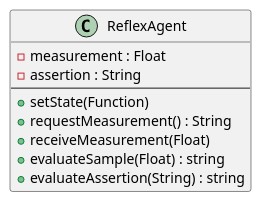
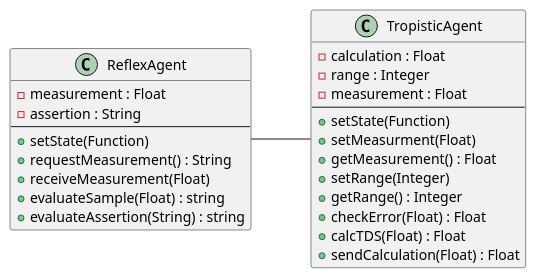
Before and after one commit to Ajmicco18/CSIS-5824-Applied-AI: the diagram in TAME Individual Project/UML Documents/reflexAgentClass.puml, drawn with PlantUML. The commit also changed 4 other files, not shown here.

Commit message:
changed UML diagrams

```diff
--- a/TAME Individual Project/UML Documents/reflexAgentClass.puml
+++ b/TAME Individual Project/UML Documents/reflexAgentClass.puml
@@ -1,13 +1,31 @@
 @startuml reflexAgentClass
+left to right direction
 
 class ReflexAgent {
     -measurement : Float
     -assertion : String
     --
     +setState(Function)
     +requestMeasurement() : String
     +receiveMeasurement(Float)
     +evaluateSample(Float) : string
     +evaluateAssertion(String) : string
 }
+
+class TropisticAgent {
+    -calculation : Float
+    -range : Integer
+    -measurement : Float
+    --
+    +setState(Function) 
+    +setMeasurment(Float)
+    +getMeasurement() : Float
+    +setRange(Integer)
+    +getRange() : Integer
+    +checkError(Float) : Float
+    +calcTDS(Float) : Float
+    +sendCalculation(Float) : Float
+}
+
+ReflexAgent -- TropisticAgent
 @enduml
```
